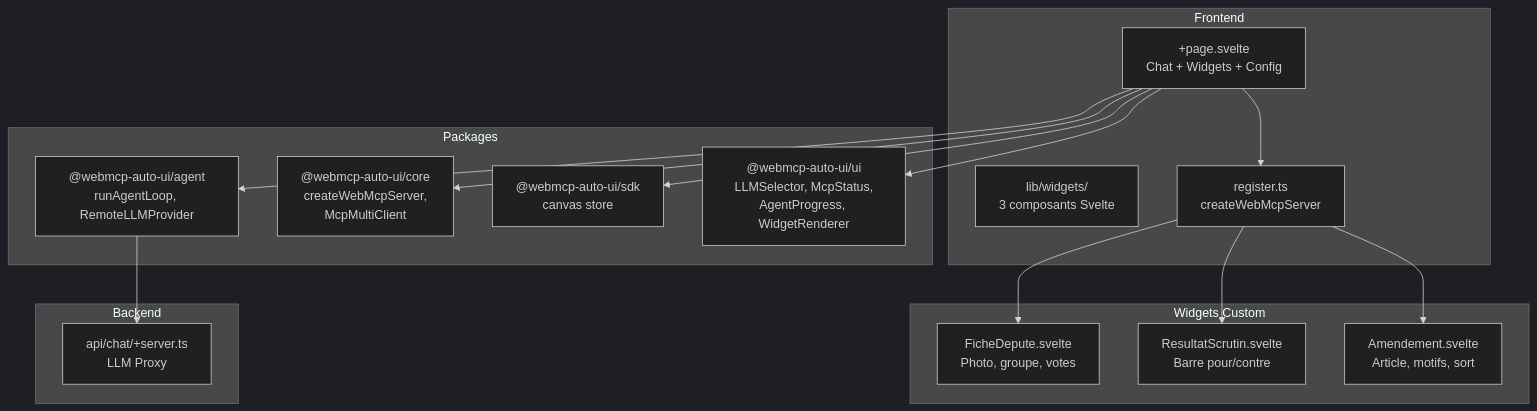
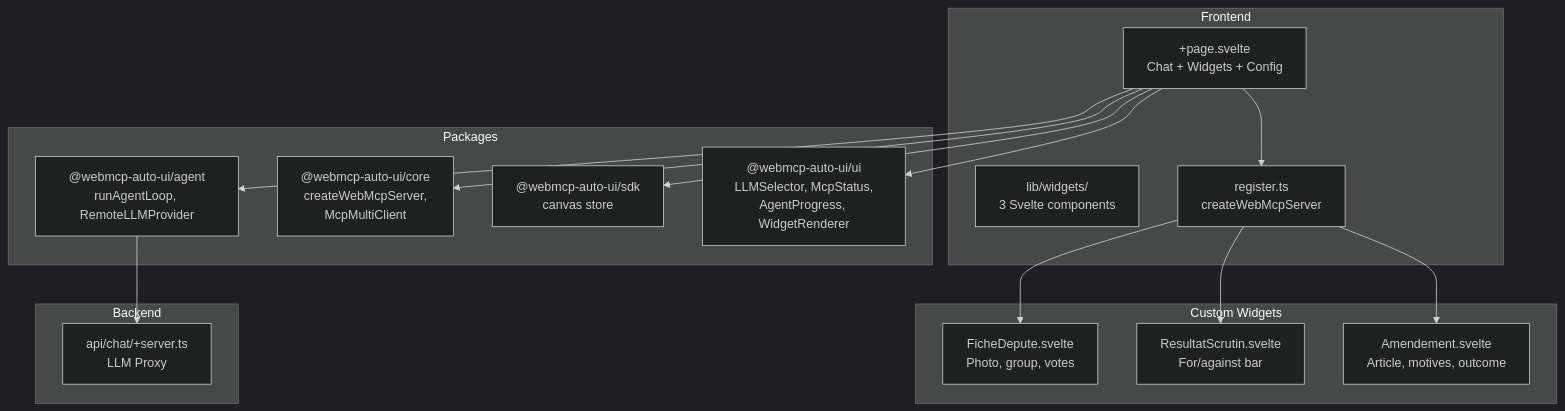
Before and after one commit to jeanbaptiste/webmcp-auto-ui: the diagram in docs/starlight/src/content/docs/apps/boilerplate.md, drawn with Mermaid (dark theme). The commit also changed other lines of this file and 94 other files, not shown here.

````diff
--- a/docs/starlight/src/content/docs/apps/boilerplate.md
+++ b/docs/starlight/src/content/docs/apps/boilerplate.md
@@ -24,35 +24,35 @@
 ```mermaid
 graph TD
     subgraph Frontend
         Page["+page.svelte<br/>Chat + Widgets + Config"]
-        Widgets["lib/widgets/<br/>3 composants Svelte"]
+        Widgets["lib/widgets/<br/>3 Svelte components"]
         Register["register.ts<br/>createWebMcpServer"]
     end
 
-    subgraph "Widgets Custom"
-        FD["FicheDepute.svelte<br/>Photo, groupe, votes"]
-        RS["ResultatScrutin.svelte<br/>Barre pour/contre"]
-        AM["Amendement.svelte<br/>Article, motifs, sort"]
+    subgraph "Custom Widgets"
+        FD["FicheDepute.svelte<br/>Photo, group, votes"]
+        RS["ResultatScrutin.svelte<br/>For/against bar"]
+        AM["Amendement.svelte<br/>Article, motives, outcome"]
     end
 
     subgraph Packages
         Agent["@webmcp-auto-ui/agent<br/>runAgentLoop, RemoteLLMProvider"]
         Core["@webmcp-auto-ui/core<br/>createWebMcpServer,<br/>McpMultiClient"]
         SDK["@webmcp-auto-ui/sdk<br/>canvas store"]
         UI["@webmcp-auto-ui/ui<br/>LLMSelector, McpStatus,<br/>AgentProgress, WidgetRenderer"]
     end
 
     subgraph Backend
         Proxy["api/chat/+server.ts<br/>LLM Proxy"]
     end
 
     Register --> FD
     Register --> RS
     Register --> AM
     Page --> Register
     Page --> Agent
     Page --> Core
     Page --> SDK
     Page --> UI
     Agent --> Proxy
 ```
````
